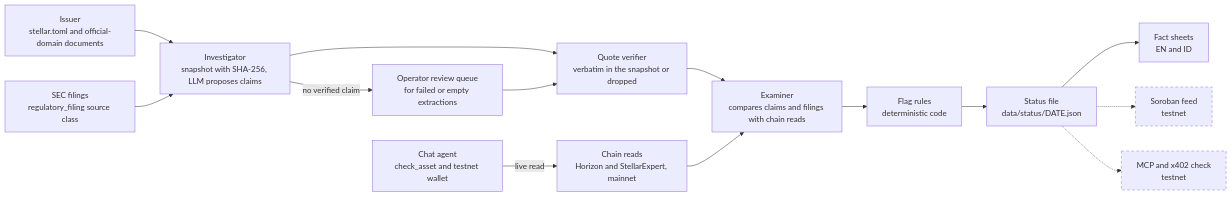
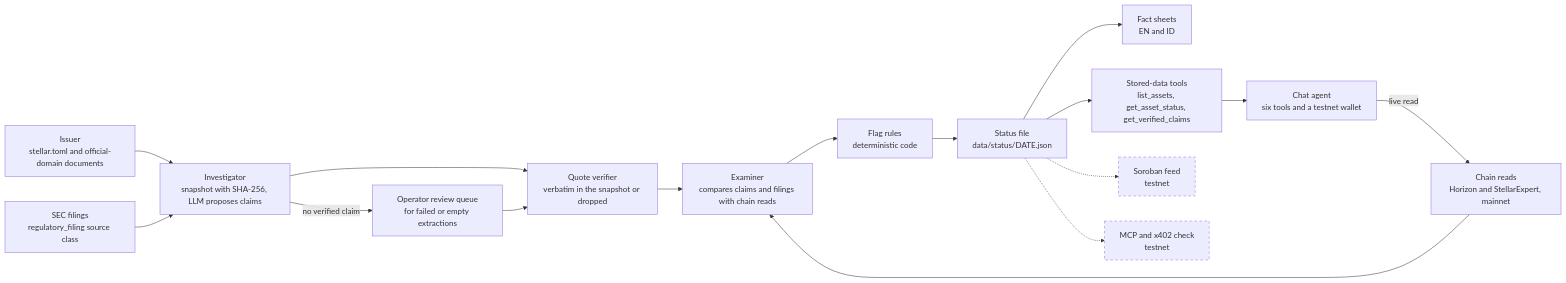
Before and after one commit to dzakwannajmi/recon: the diagram in README.md, drawn with Mermaid. The commit also changed other lines of this file, not shown here.

Commit message:
README: Week 1 task sections (logo, stack and model versions, six tools, demo links, future scope, socials)

````diff
--- a/README.md
+++ b/README.md
@@ -27,31 +107,34 @@
 ```mermaid
 flowchart LR
   issuer["Issuer<br/>stellar.toml and official-domain documents"]
   sec["SEC filings<br/>regulatory_filing source class"]
   inv["Investigator<br/>snapshot with SHA-256, LLM proposes claims"]
   ver["Quote verifier<br/>verbatim in the snapshot or dropped"]
   rq["Operator review queue<br/>for failed or empty extractions"]
   chain["Chain reads<br/>Horizon and StellarExpert, mainnet"]
   exm["Examiner<br/>compares claims and filings with chain reads"]
   flags["Flag rules<br/>deterministic code"]
   status["Status file<br/>data/status/DATE.json"]
   fs["Fact sheets<br/>EN and ID"]
-  chat["Chat agent<br/>check_asset and testnet wallet"]
+  chat["Chat agent<br/>six tools and a testnet wallet"]
+  stored["Stored-data tools<br/>list_assets, get_asset_status, get_verified_claims"]
   feed["Soroban feed<br/>testnet"]:::future
   mcp["MCP and x402 check<br/>testnet"]:::future
 
   issuer --> inv
   sec --> inv
   inv --> ver
   inv -->|"no verified claim"| rq
   rq --> ver
   ver --> exm
   chain --> exm
   exm --> flags
   flags --> status
   status --> fs
   chat -->|"live read"| chain
+  status --> stored
+  stored --> chat
   status -.-> feed
   status -.-> mcp
   classDef future stroke-dasharray: 5 5
 ```
````
